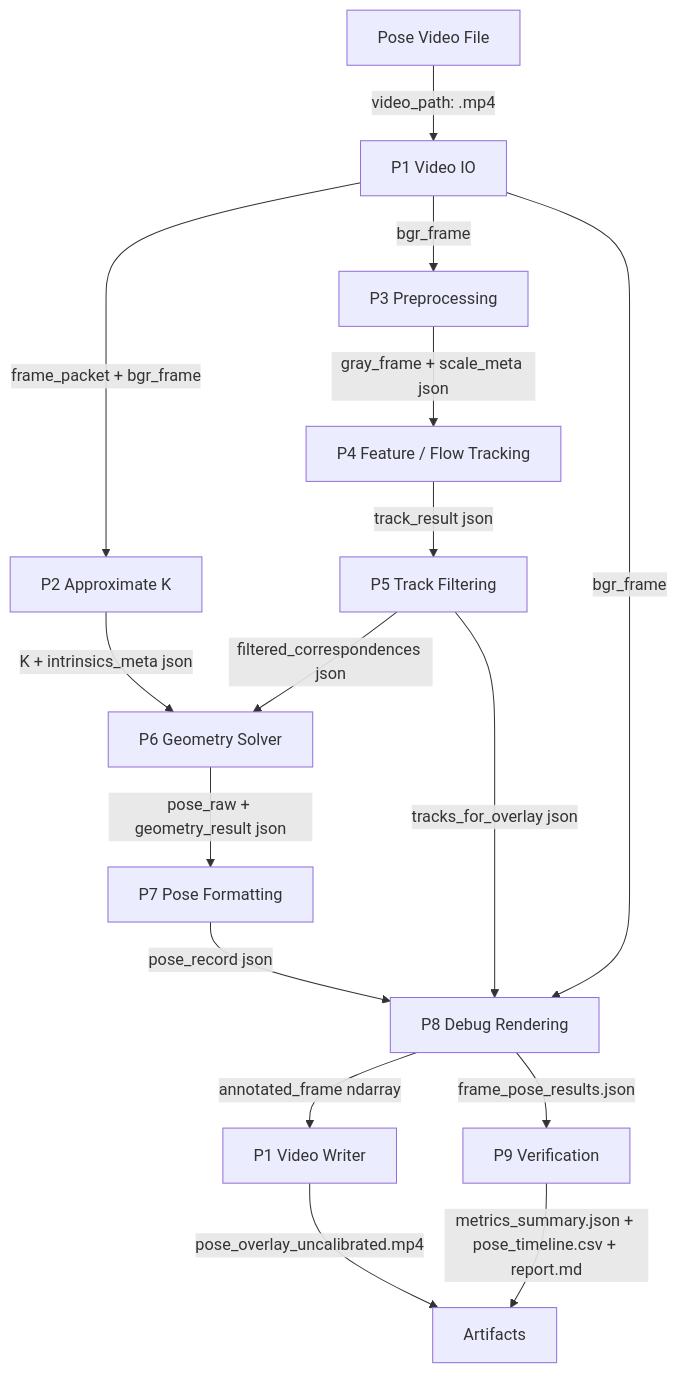
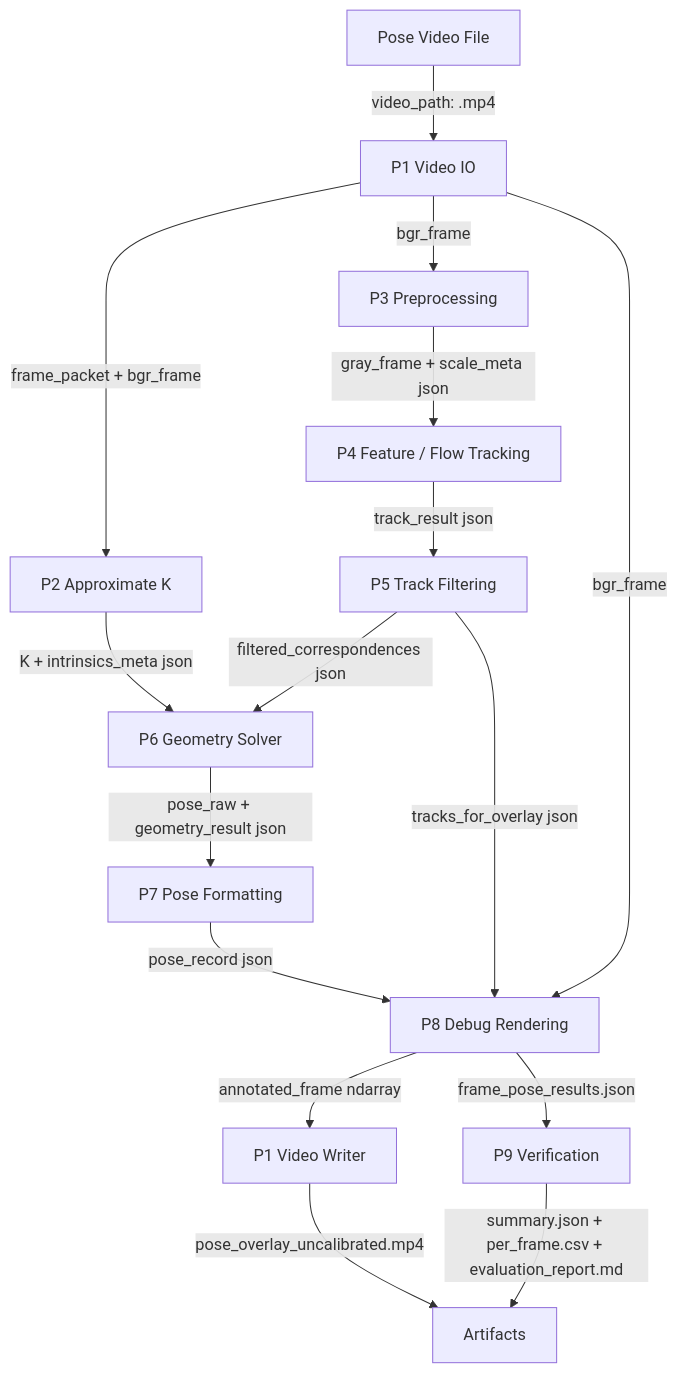
One commit to Rt209/camera-angle changed the diagram in breakdown/02_Optical_Flow_Pose/04_Implementation/README.md. Above: the diagram before and after it, drawn with Mermaid. The commit also changed other lines of this file and 396 other files, not shown here.

````diff
--- a/breakdown/02_Optical_Flow_Pose/04_Implementation/README.md
+++ b/breakdown/02_Optical_Flow_Pose/04_Implementation/README.md
@@ -33,18 +55,18 @@
 ```mermaid
 flowchart TD
     A[Pose Video File] -->|video_path: .mp4| P1[P1 Video IO]
     P1 -->|frame_packet + bgr_frame| P2[P2 Approximate K]
     P1 -->|bgr_frame| P3[P3 Preprocessing]
     P2 -->|K + intrinsics_meta json| P6[P6 Geometry Solver]
     P3 -->|gray_frame + scale_meta json| P4[P4 Feature / Flow Tracking]
     P4 -->|track_result json| P5[P5 Track Filtering]
     P5 -->|filtered_correspondences json| P6
     P6 -->|pose_raw + geometry_result json| P7[P7 Pose Formatting]
     P7 -->|pose_record json| P8[P8 Debug Rendering]
     P5 -->|tracks_for_overlay json| P8
     P1 -->|bgr_frame| P8
     P8 -->|annotated_frame ndarray| P1W[P1 Video Writer]
     P8 -->|frame_pose_results.json| P9[P9 Verification]
     P1W -->|pose_overlay_uncalibrated.mp4| OUT[Artifacts]
-    P9 -->|metrics_summary.json + pose_timeline.csv + report.md| OUT
+    P9 -->|summary.json + per_frame.csv + evaluation_report.md| OUT
 ```
````
